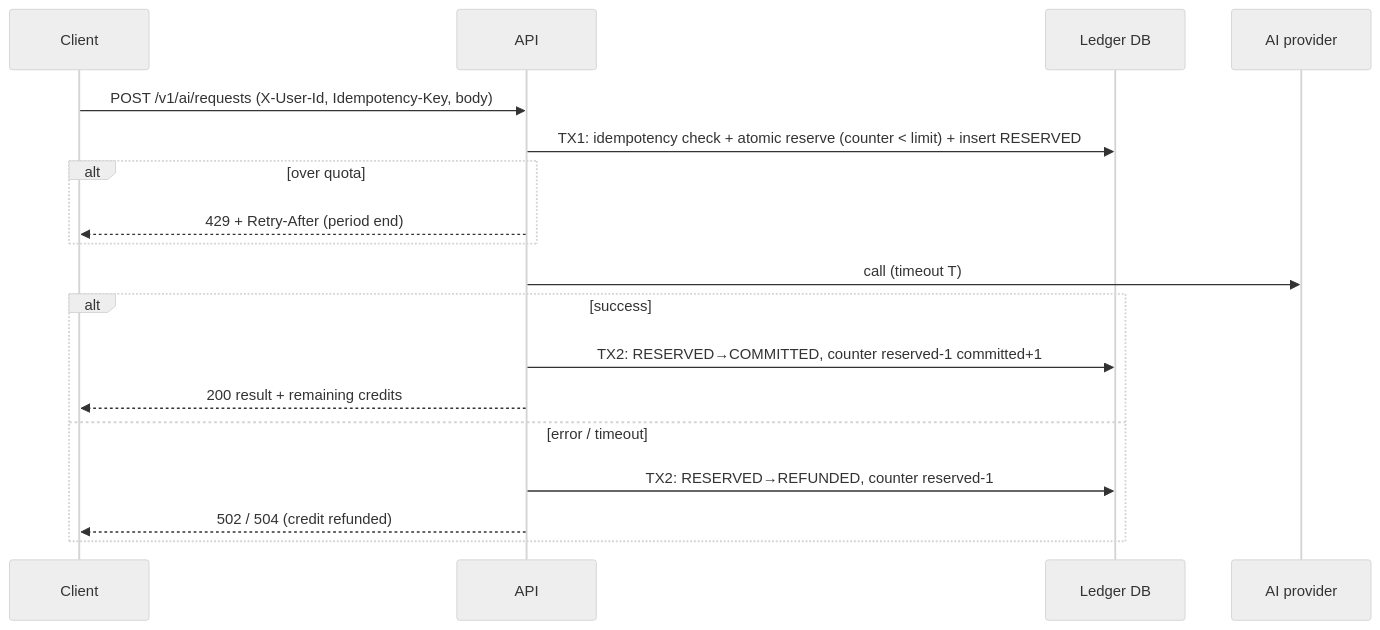
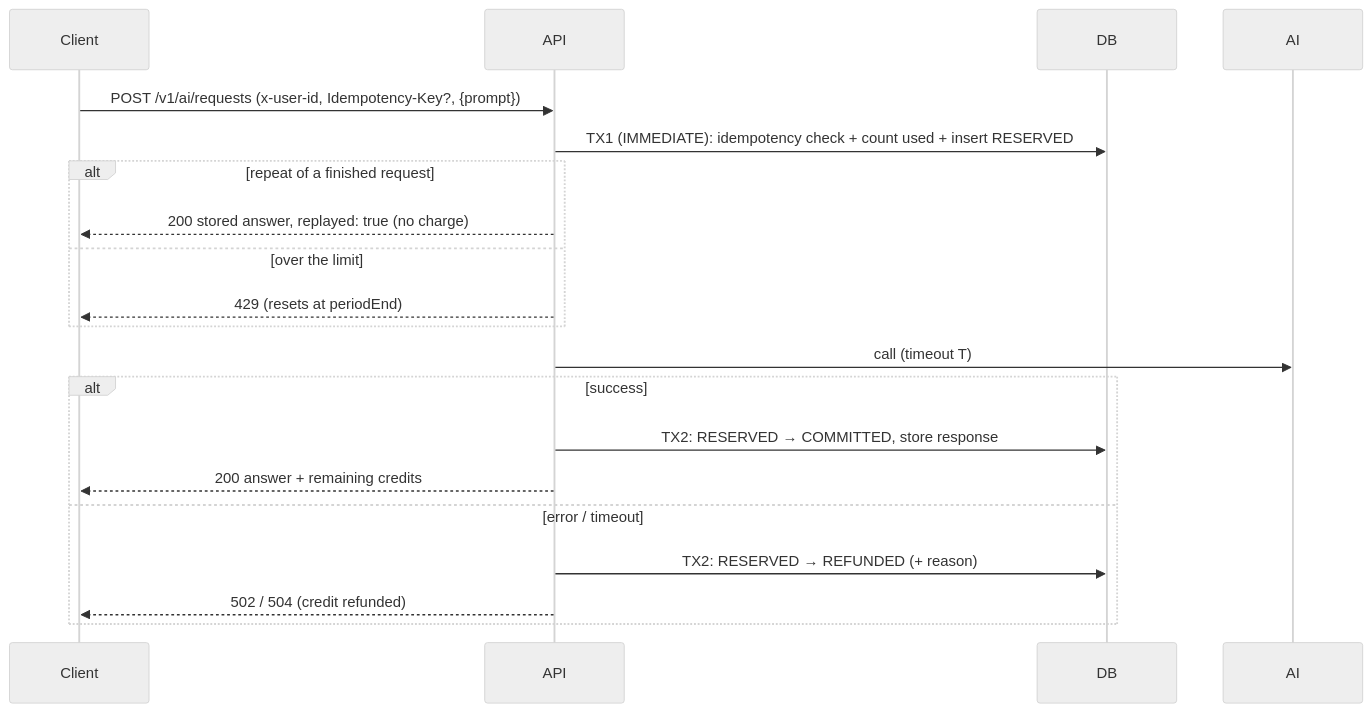
The second of 2 diagrams in task1-metering/docs/DESIGN.md (ArtemTart/ai-metering-home-assignment), drawn with Mermaid (neutral theme) before and after one commit. The commit also changed other lines of this file, not shown here.

````diff
--- a/task1-metering/docs/DESIGN.md
+++ b/task1-metering/docs/DESIGN.md
@@ -44,20 +28,22 @@
 ```mermaid
 sequenceDiagram
   participant C as Client
   participant API
-  participant DB as Ledger DB
-  participant AI as AI provider
-  C->>API: POST /v1/ai/requests (X-User-Id, Idempotency-Key, body)
-  API->>DB: TX1: idempotency check + atomic reserve (counter < limit) + insert RESERVED
-  alt over quota
-    API-->>C: 429 + Retry-After (period end)
+  participant DB
+  participant AI
+  C->>API: POST /v1/ai/requests (x-user-id, Idempotency-Key?, {prompt})
+  API->>DB: TX1 (IMMEDIATE): idempotency check + count used + insert RESERVED
+  alt repeat of a finished request
+    API-->>C: 200 stored answer, replayed: true (no charge)
+  else over the limit
+    API-->>C: 429 (resets at periodEnd)
   end
   API->>AI: call (timeout T)
   alt success
-    API->>DB: TX2: RESERVED→COMMITTED, counter reserved-1 committed+1
-    API-->>C: 200 result + remaining credits
+    API->>DB: TX2: RESERVED → COMMITTED, store response
+    API-->>C: 200 answer + remaining credits
   else error / timeout
-    API->>DB: TX2: RESERVED→REFUNDED, counter reserved-1
+    API->>DB: TX2: RESERVED → REFUNDED (+ reason)
     API-->>C: 502 / 504 (credit refunded)
   end
 ```
````
